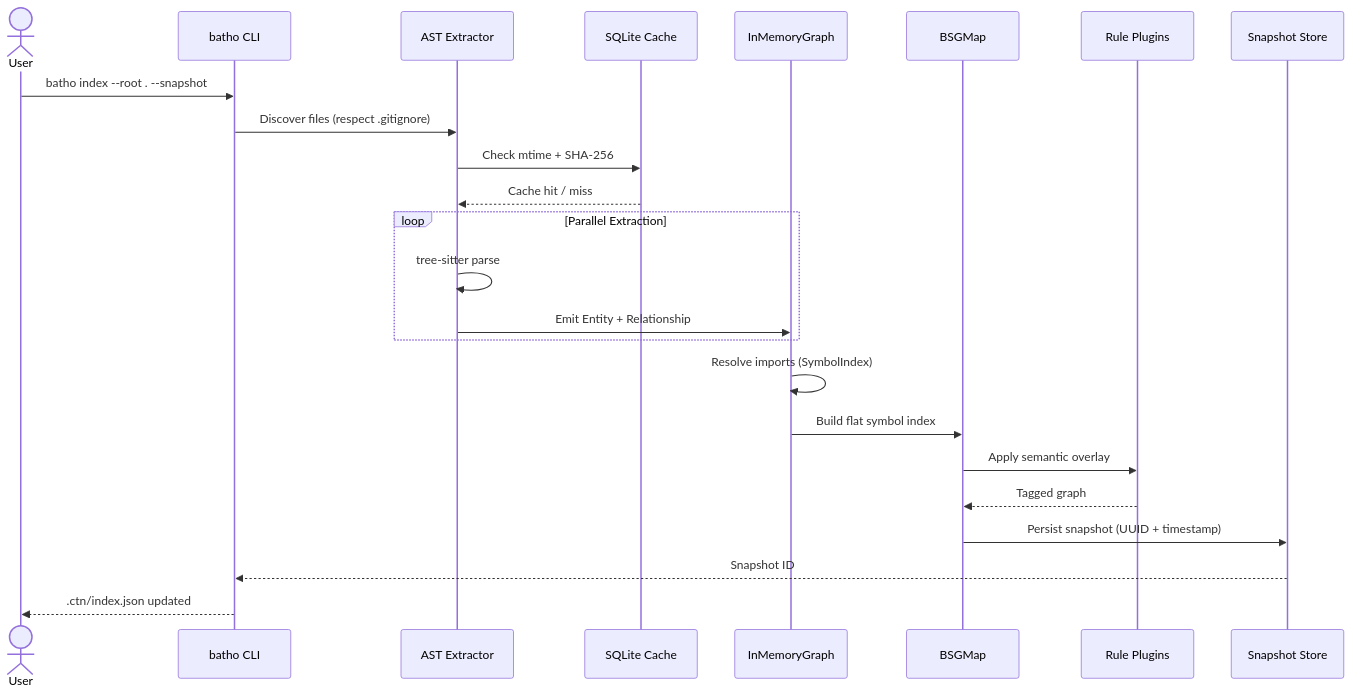
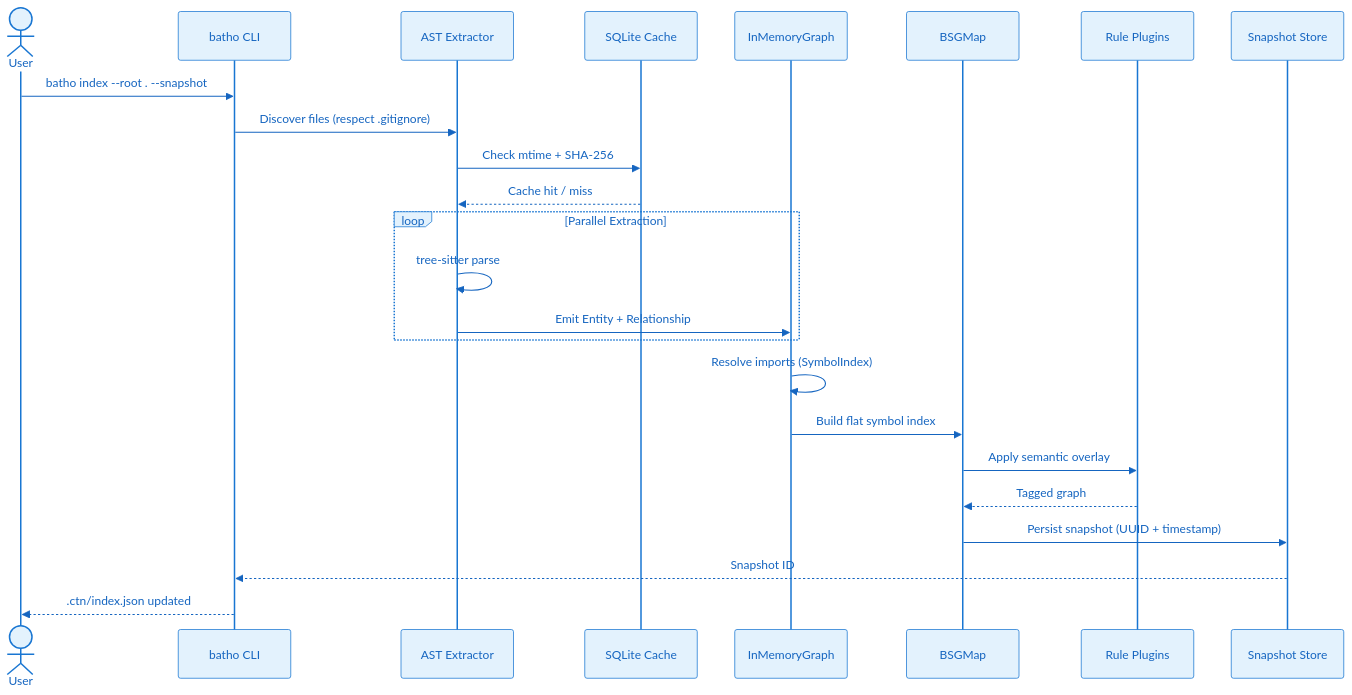
One commit to sageoz/Batho changed the second of 2 diagrams in docs-site/docs/whitepaper/architecture.md. Above: the diagram before and after it, drawn with Mermaid. The commit also changed other lines of this file and 31 other files, not shown here.

````diff
--- a/docs-site/docs/whitepaper/architecture.md
+++ b/docs-site/docs/whitepaper/architecture.md
@@ -64,27 +74,28 @@
 ```mermaid
+%%{init: {'theme': 'base', 'themeVariables': { 'primaryColor': '#e3f2fd', 'primaryTextColor': '#1565c0', 'primaryBorderColor': '#1976d2', 'lineColor': '#42a5f5', 'secondaryColor': '#f3e5f5', 'tertiaryColor': '#e8f5e9'}}}%%
 sequenceDiagram
     actor User
     participant CLI as batho CLI
     participant Extractor as AST Extractor
     participant Cache as SQLite Cache
     participant Graph as InMemoryGraph
     participant BSG as BSGMap
     participant Rules as Rule Plugins
     participant Snap as Snapshot Store
 
     User->>CLI: batho index --root . --snapshot
     CLI->>Extractor: Discover files (respect .gitignore)
     Extractor->>Cache: Check mtime + SHA-256
     Cache-->>Extractor: Cache hit / miss
     loop Parallel Extraction
         Extractor->>Extractor: tree-sitter parse
         Extractor->>Graph: Emit Entity + Relationship
     end
     Graph->>Graph: Resolve imports (SymbolIndex)
     Graph->>BSG: Build flat symbol index
     BSG->>Rules: Apply semantic overlay
     Rules-->>BSG: Tagged graph
     BSG->>Snap: Persist snapshot (UUID + timestamp)
     Snap-->>CLI: Snapshot ID
     CLI-->>User: .ctn/index.json updated
 ```
````
